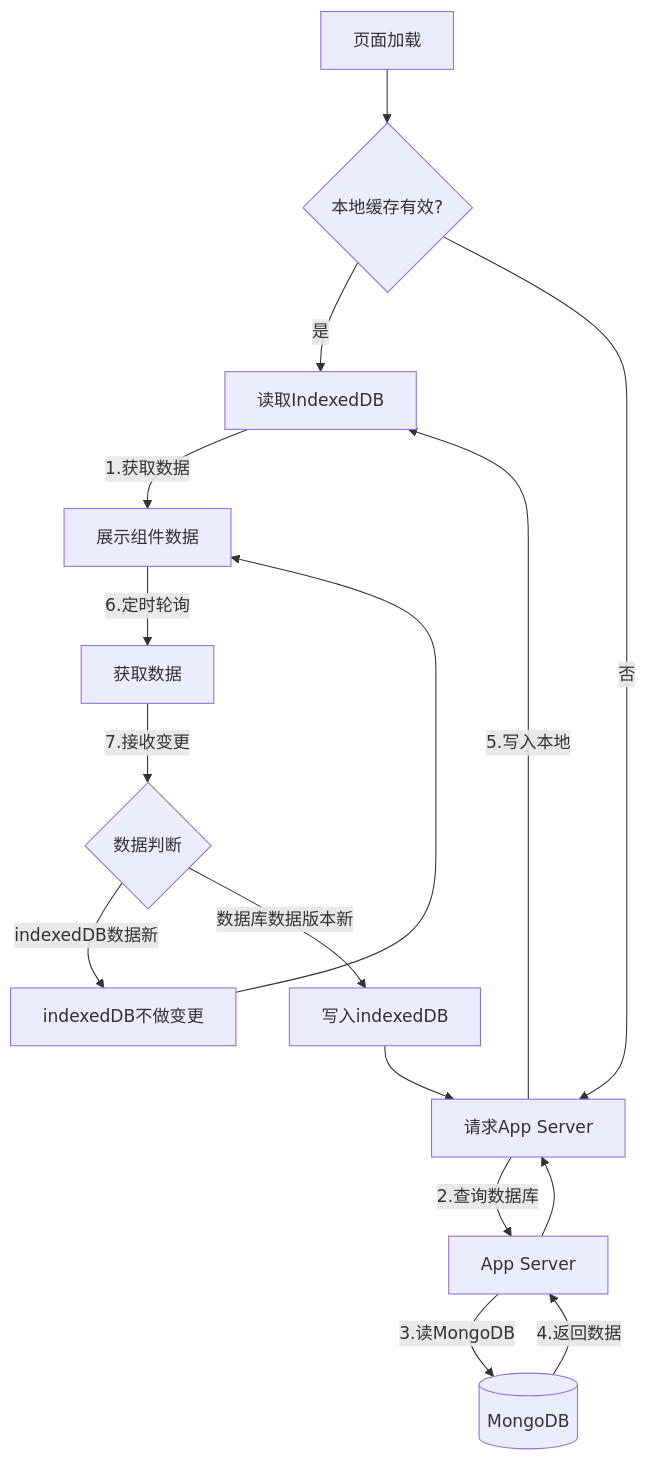
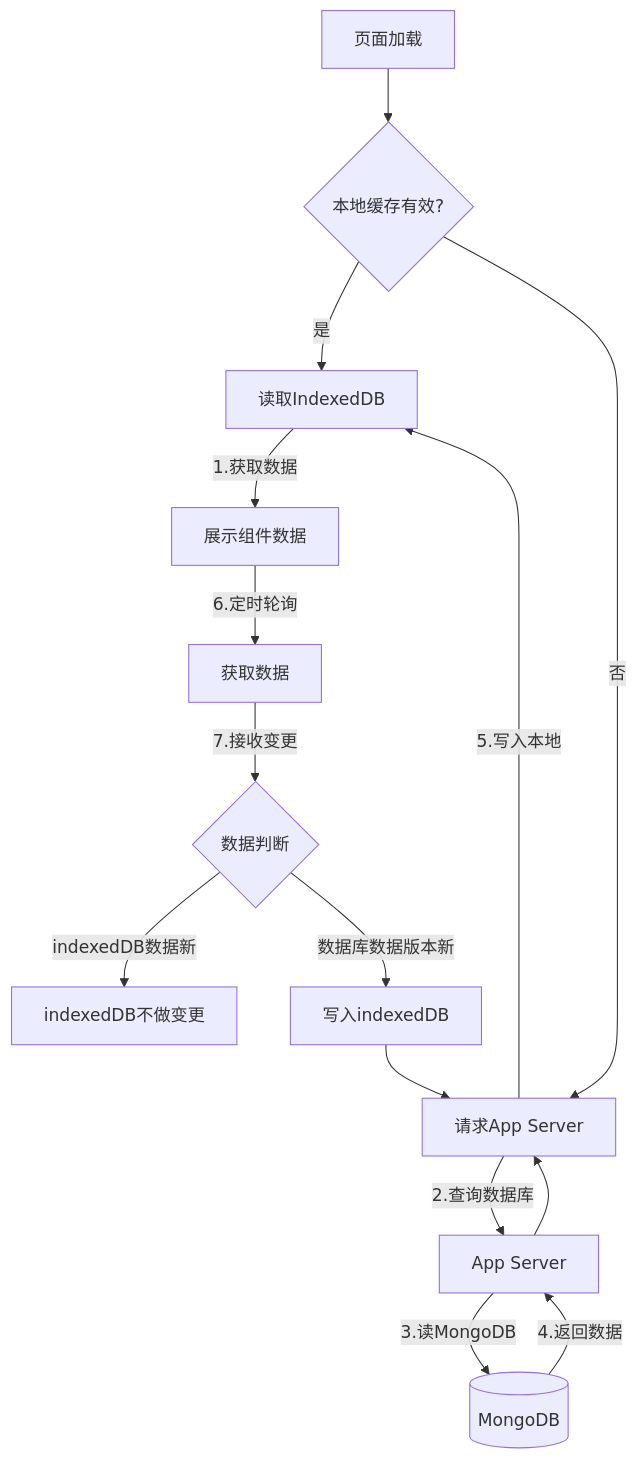
One commit to yingjianzh/iodraw-files changed the diagram in all/未命名-21.md. Above: the diagram before and after it, drawn with Mermaid.

Commit message:
2025-02-18 11:35:57 update

````diff
--- a/all/未命名-21.md
+++ b/all/未命名-21.md
@@ -1,19 +1,19 @@
 ```mermaid
 
 graph TD
     A[页面加载] --> B{本地缓存有效?}
     B -->|是| C[读取IndexedDB]
     B -->|否| D[请求App Server]
     C -->|1.获取数据| E[展示组件数据]
     D -->|2.查询数据库| F[App Server]
     F -->|3.读MongoDB| G[(MongoDB)]
     G -->|4.返回数据| F --> D
     D -->|5.写入本地| C
     E -->|6.定时轮询| H[获取数据]
     H -->|7.接收变更| I{数据判断}
     I -->|indexedDB数据新| J[indexedDB不做变更]
     I -->|数据库数据版本新| K[写入indexedDB]
-    J --> E
+    
     K --> D
 
 ```
````
